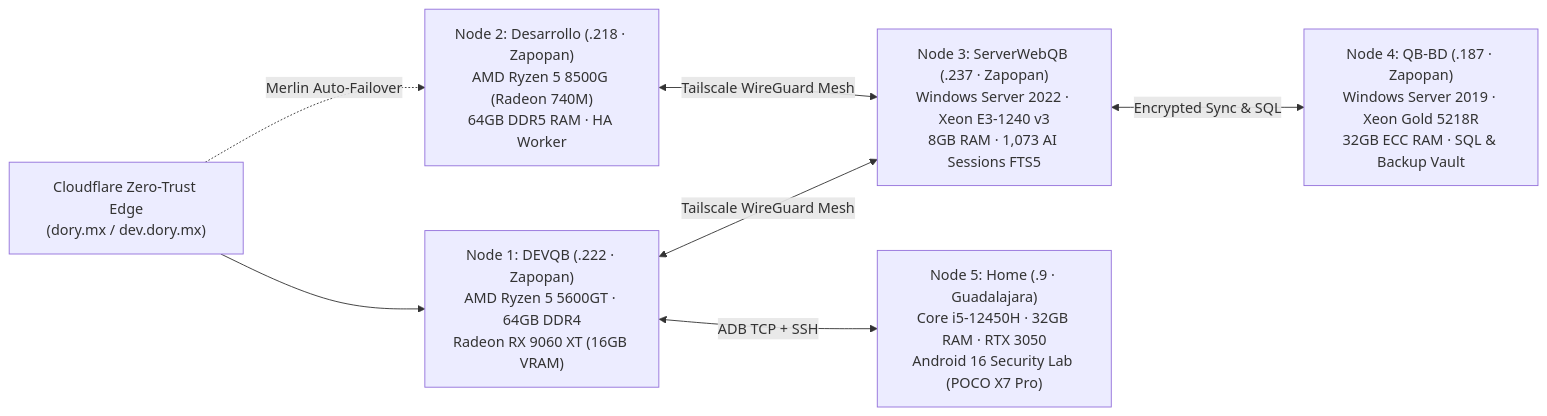
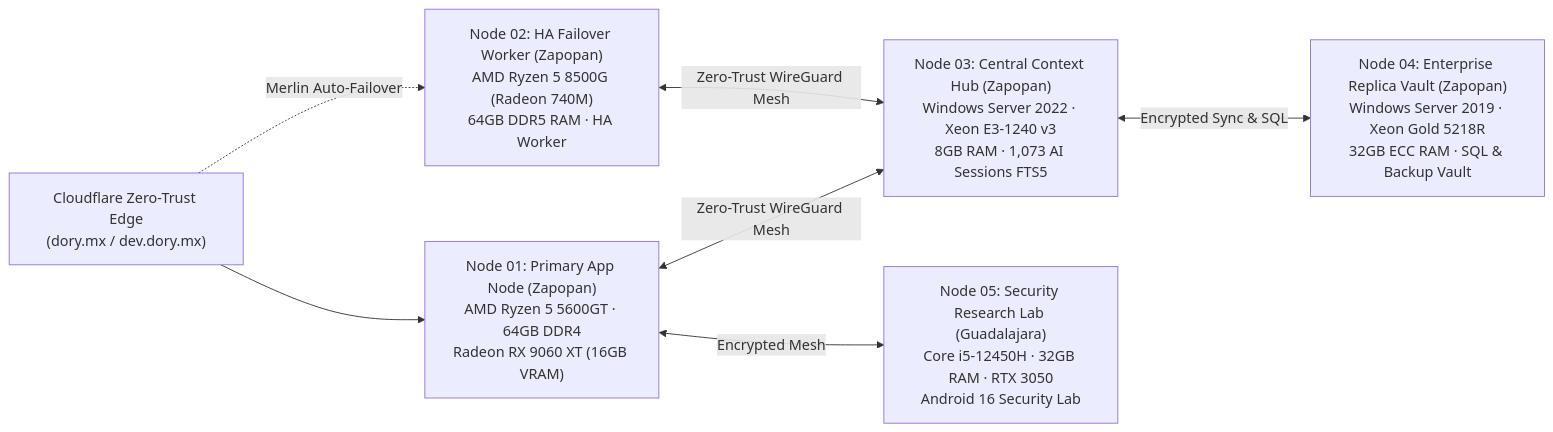
The diagram in README.md (Charly-bite/Charly-bite), drawn with Mermaid before and after one commit. The commit also changed other lines of this file and 1 other file, not shown here.

````diff
--- a/README.md
+++ b/README.md
@@ -92,9 +92,9 @@
 ```mermaid
 flowchart LR
-    CF["Cloudflare Zero-Trust Edge<br/>(dory.mx / dev.dory.mx)"] --> M["Node 1: DEVQB (.222 · Zapopan)<br/>AMD Ryzen 5 5600GT · 64GB DDR4<br/>Radeon RX 9060 XT (16GB VRAM)"]
-    CF -. "Merlin Auto-Failover" .-> W["Node 2: Desarrollo (.218 · Zapopan)<br/>AMD Ryzen 5 8500G (Radeon 740M)<br/>64GB DDR5 RAM · HA Worker"]
-    M <-->|"Tailscale WireGuard Mesh"| H["Node 3: ServerWebQB (.237 · Zapopan)<br/>Windows Server 2022 · Xeon E3-1240 v3<br/>8GB RAM · 1,073 AI Sessions FTS5"]
-    W <-->|"Tailscale WireGuard Mesh"| H
-    H <-->|"Encrypted Sync & SQL"| V["Node 4: QB-BD (.187 · Zapopan)<br/>Windows Server 2019 · Xeon Gold 5218R<br/>32GB ECC RAM · SQL & Backup Vault"]
-    M <-->|"ADB TCP + SSH"| L["Node 5: Home (.9 · Guadalajara)<br/>Core i5-12450H · 32GB RAM · RTX 3050<br/>Android 16 Security Lab (POCO X7 Pro)"]
+    CF["Cloudflare Zero-Trust Edge<br/>(dory.mx / dev.dory.mx)"] --> M["Node 01: Primary App Node (Zapopan)<br/>AMD Ryzen 5 5600GT · 64GB DDR4<br/>Radeon RX 9060 XT (16GB VRAM)"]
+    CF -. "Merlin Auto-Failover" .-> W["Node 02: HA Failover Worker (Zapopan)<br/>AMD Ryzen 5 8500G (Radeon 740M)<br/>64GB DDR5 RAM · HA Worker"]
+    M <-->|"Zero-Trust WireGuard Mesh"| H["Node 03: Central Context Hub (Zapopan)<br/>Windows Server 2022 · Xeon E3-1240 v3<br/>8GB RAM · 1,073 AI Sessions FTS5"]
+    W <-->|"Zero-Trust WireGuard Mesh"| H
+    H <-->|"Encrypted Sync & SQL"| V["Node 04: Enterprise Replica Vault (Zapopan)<br/>Windows Server 2019 · Xeon Gold 5218R<br/>32GB ECC RAM · SQL & Backup Vault"]
+    M <-->|"Encrypted Mesh"| L["Node 05: Security Research Lab (Guadalajara)<br/>Core i5-12450H · 32GB RAM · RTX 3050<br/>Android 16 Security Lab"]
 ```
````
